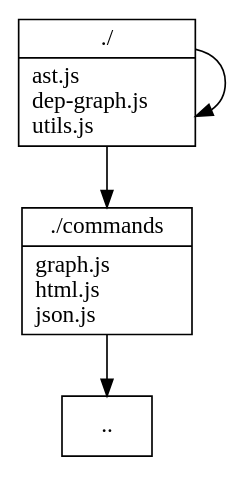
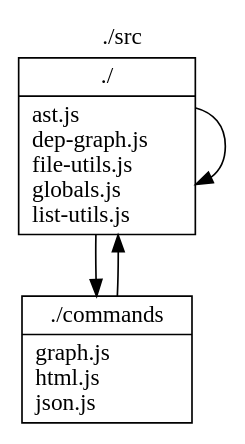
The diagram in __tests__/out-eg/srcPackage.dot (fleebe/dep-graph), drawn with Graphviz before and after one commit. The commit also changed 23 other files, not shown here.

Commit message:
added title to graphs and dependencies for exported source

```diff
--- a/__tests__/out-eg/srcPackage.dot
+++ b/__tests__/out-eg/srcPackage.dot
@@ -1,18 +1,22 @@
 digraph {
+label="./src";
+labelloc="t";
 node [shape=record];
 "./" [label="{./|
 	ast.js\l
 	dep-graph.js\l
-	utils.js\l
+	file-utils.js\l
+	globals.js\l
+	list-utils.js\l
 }"];
 
 "./commands" [label="{./commands|
 	graph.js\l
 	html.js\l
 	json.js\l
 }"];
 
 "./"->"./"
 "./"->"./commands"
-"./commands"->".."
+"./commands"->"./"
 }
```
